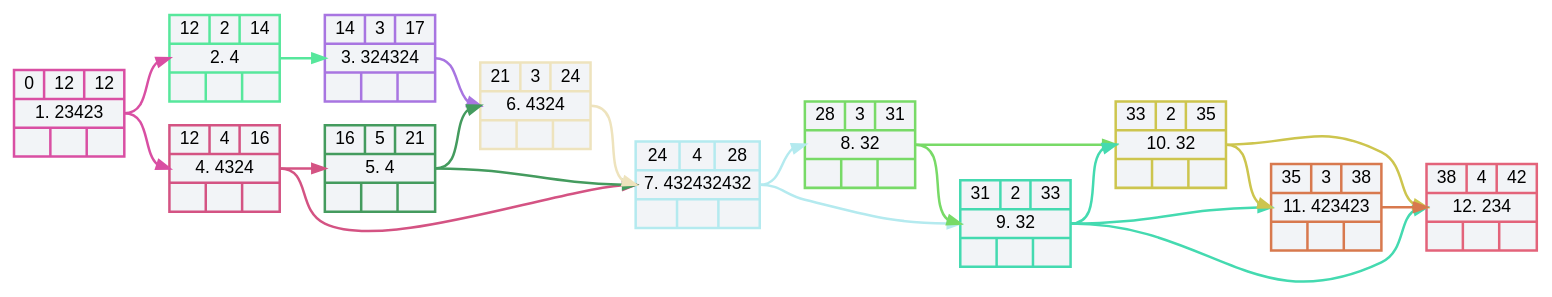
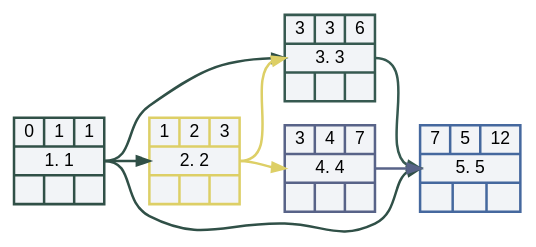
One commit to DVin-programmer/networkGraphics changed the diagram in files/NetworkGraph02.gv. Above: the diagram before and after it, drawn with Graphviz. The commit also changed 14 other files, not shown here.

```diff
--- a/files/NetworkGraph02.gv
+++ b/files/NetworkGraph02.gv
@@ -1,41 +1,22 @@
-digraph NetworkGraph02
-{
-   //graph [charset = "utf8"]
-   rankdir = LR
-   layout = dot
-   splines = spline
-   node [style = "filled, bold", fillcolor = "#f2f4f7", fontname = "Arial"]
-   edge [penwidth = 2]
-   v1 [fontname = "Arial",color = "#d94fa3", shape = record, label = "{ 0 | 12 | 12 } |  <mI1> 1. 23423 | { |  |  }"]
-   v2 [fontname = "Arial",color = "#57e79c", shape = record, label = "{ 12 | 2 | 14 } |  <mI2> 2. 4 | { |  |  }"]
-   v3 [fontname = "Arial",color = "#a875e1", shape = record, label = "{ 14 | 3 | 17 } |  <mI3> 3. 324324 | { |  |  }"]
-   v4 [fontname = "Arial",color = "#d45383", shape = record, label = "{ 12 | 4 | 16 } |  <mI4> 4. 4324 | { |  |  }"]
-   v5 [fontname = "Arial",color = "#449b5e", shape = record, label = "{ 16 | 5 | 21 } |  <mI5> 5. 4 | { |  |  }"]
-   v6 [fontname = "Arial",color = "#eee3bd", shape = record, label = "{ 21 | 3 | 24 } |  <mI6> 6. 4324 | { |  |  }"]
-   v7 [fontname = "Arial",color = "#b4eaef", shape = record, label = "{ 24 | 4 | 28 } |  <mI7> 7. 432432432 | { |  |  }"]
-   v8 [fontname = "Arial",color = "#78da67", shape = record, label = "{ 28 | 3 | 31 } |  <mI8> 8. 32 | { |  |  }"]
-   v9 [fontname = "Arial",color = "#44dab0", shape = record, label = "{ 31 | 2 | 33 } |  <mI9> 9. 32 | { |  |  }"]
-   v10 [fontname = "Arial",color = "#cdc54e", shape = record, label = "{ 33 | 2 | 35 } |  <mI10> 10. 32 | { |  |  }"]
-   v11 [fontname = "Arial",color = "#d8794e", shape = record, label = "{ 35 | 3 | 38 } |  <mI11> 11. 423423 | { |  |  }"]
-   v12 [fontname = "Arial",color = "#e3637a", shape = record, label = "{ 38 | 4 | 42 } |  <mI12> 12. 234 | { |  |  }"]
-   v9:<mI9> -> v11:<mI11> [color = "#44dab0"]
-   v8:<mI8> -> v10:<mI10> [color = "#78da67"]
-   v9:<mI9> -> v12:<mI12> [color = "#44dab0"]
-   v9:<mI9> -> v10:<mI10> [color = "#44dab0"]
-   v1:<mI1> -> v2:<mI2> [color = "#d94fa3"]
-   v2:<mI2> -> v3:<mI3> [color = "#57e79c"]
-   v1:<mI1> -> v4:<mI4> [color = "#d94fa3"]
-   v4:<mI4> -> v5:<mI5> [color = "#d45383"]
-   v3:<mI3> -> v6:<mI6> [color = "#a875e1"]
-   v5:<mI5> -> v6:<mI6> [color = "#449b5e"]
-   v5:<mI5> -> v7:<mI7> [color = "#449b5e"]
-   v6:<mI6> -> v7:<mI7> [color = "#eee3bd"]
-   v4:<mI4> -> v7:<mI7> [color = "#d45383"]
-   v7:<mI7> -> v8:<mI8> [color = "#b4eaef"]
-   v7:<mI7> -> v9:<mI9> [color = "#b4eaef"]
-   v8:<mI8> -> v9:<mI9> [color = "#78da67"]
-   v11:<mI11> -> v12:<mI12> [color = "#d8794e"]
-   v10:<mI10> -> v12:<mI12> [color = "#cdc54e"]
-   v10:<mI10> -> v11:<mI11> [color = "#cdc54e"]
+        digraph NetworkGraph02
+        {
+           //graph [charset = "utf8"]
+           rankdir = LR
+           layout = dot
+           splines = spline
+           node [style = "filled, bold", fillcolor = "#f2f4f7", fontname = "Arial"]
+           edge [penwidth = 2]
+           v1 [fontname = "Arial",color = "#305047", shape = record, label = "{ 0 | 1 | 1 } |  <mI1> 1. 1 | { |  |  }"]
+   v2 [fontname = "Arial",color = "#ddcf66", shape = record, label = "{ 1 | 2 | 3 } |  <mI2> 2. 2 | { |  |  }"]
+   v3 [fontname = "Arial",color = "#365950", shape = record, label = "{ 3 | 3 | 6 } |  <mI3> 3. 3 | { |  |  }"]
+   v4 [fontname = "Arial",color = "#586388", shape = record, label = "{ 3 | 4 | 7 } |  <mI4> 4. 4 | { |  |  }"]
+   v5 [fontname = "Arial",color = "#45689e", shape = record, label = "{ 7 | 5 | 12 } |  <mI5> 5. 5 | { |  |  }"]
+   v1:<mI1> -> v2:<mI2> [color = "#305047"]
+   v2:<mI2> -> v3:<mI3> [color = "#ddcf66"]
+   v1:<mI1> -> v3:<mI3> [color = "#305047"]
+   v2:<mI2> -> v4:<mI4> [color = "#ddcf66"]
+   v1:<mI1> -> v5:<mI5> [color = "#305047"]
+   v3:<mI3> -> v5:<mI5> [color = "#365950"]
+   v4:<mI4> -> v5:<mI5> [color = "#586388"]
 
 }
```
